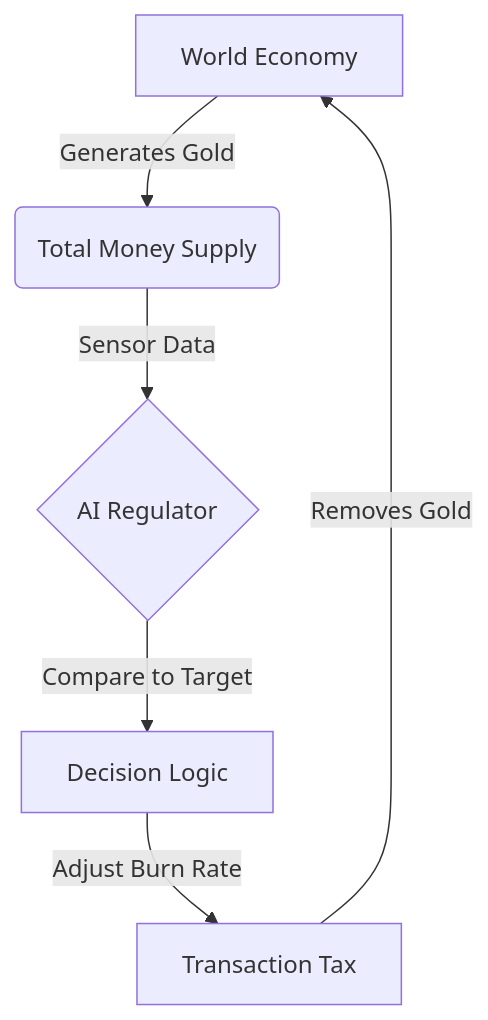
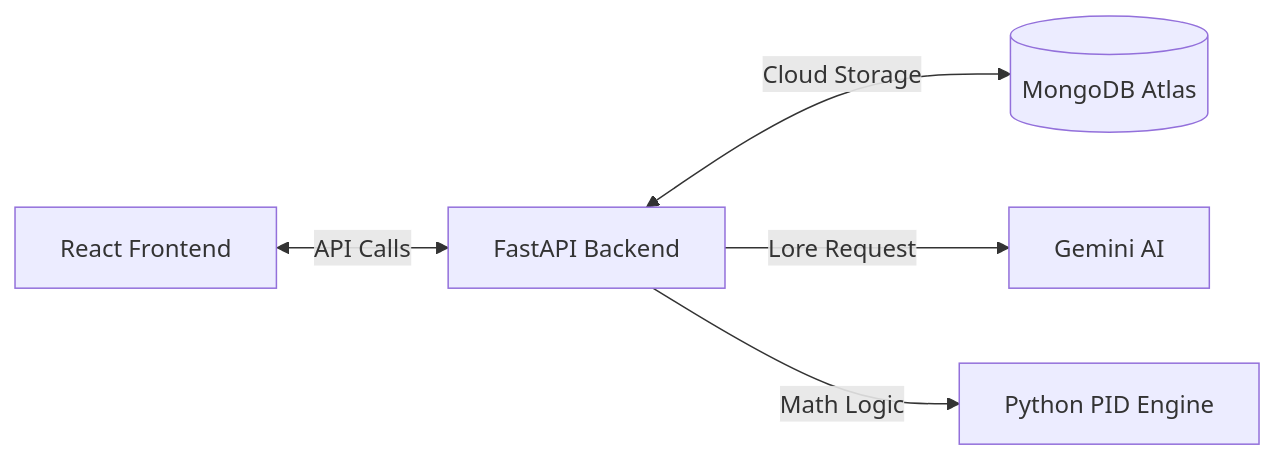
Before and after one commit to ryangilbert-github/genesis-economy-regulator: the diagram in README.md, drawn with Mermaid. The commit also changed other lines of this file, not shown here.

First line of the commit message:
Revise README for Genesis Economy Regulator Module 2

````diff
--- a/README.md
+++ b/README.md
@@ -32,8 +30,7 @@
 ```mermaid
-graph TD
-    A[World Economy] -->|Generates Gold| B(Total Money Supply)
-    B -->|Sensor Data| C{AI Regulator}
-    C -->|Compare to Target| D[Decision Logic]
-    D -->|Adjust Burn Rate| E[Transaction Tax]
-    E -->|Removes Gold| A
+graph LR
+    A[React Frontend] <-->|API Calls| B[FastAPI Backend]
+    B <-->|Cloud Storage| C[(MongoDB Atlas)]
+    B -->|Lore Request| D[Gemini AI]
+    B -->|Math Logic| E[Python PID Engine]
 ```
````
